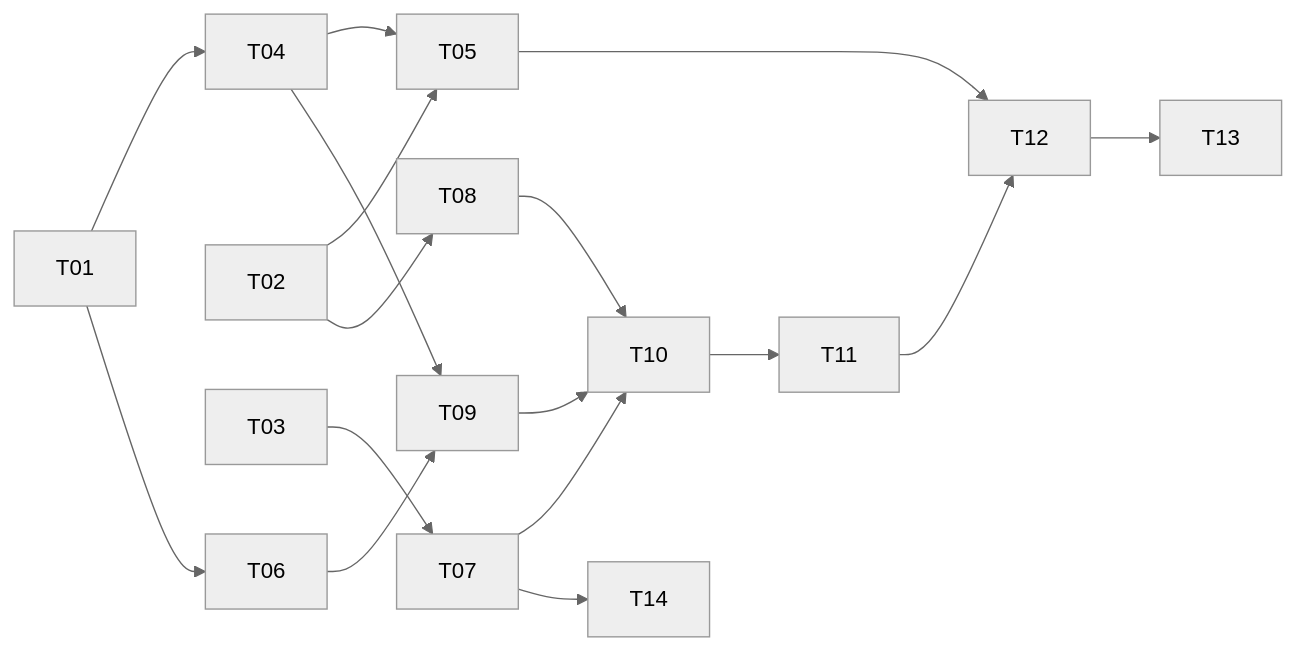
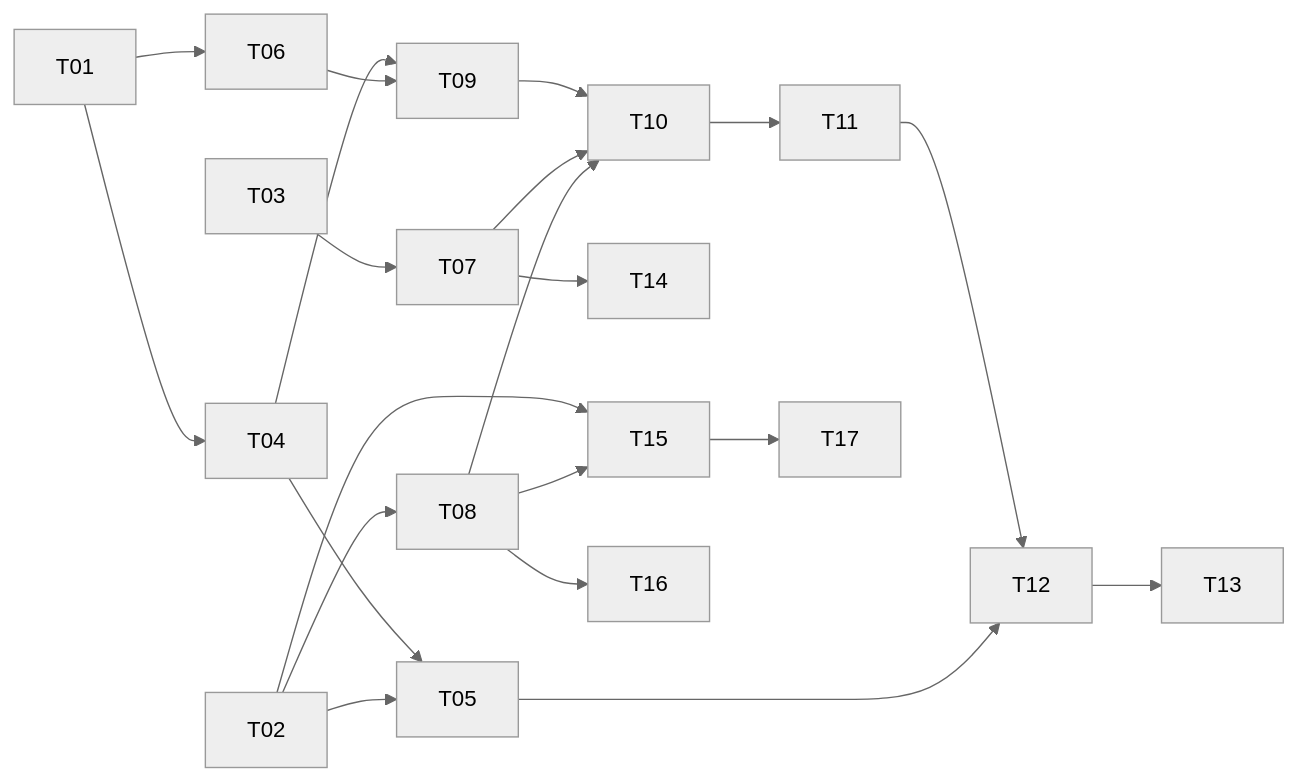
The diagram in docs/features/f3-claude-batch-enrichment/tasks/tracker.md (HeliosPersonal/jobhunter), drawn with Mermaid (neutral theme) before and after one commit. The commit also changed other lines of this file and 16 other files, not shown here.

````diff
--- a/docs/features/f3-claude-batch-enrichment/tasks/tracker.md
+++ b/docs/features/f3-claude-batch-enrichment/tasks/tracker.md
@@ -43,14 +53,18 @@
 ```mermaid
 graph LR
   T01 --> T04 --> T05
   T02 --> T05
   T02 --> T08
   T03 --> T07
   T01 --> T06
   T04 --> T09
   T06 --> T09 --> T10
   T07 --> T10
   T08 --> T10 --> T11 --> T12 --> T13
   T05 --> T12
   T07 --> T14
+  T02 --> T15
+  T08 --> T15
+  T08 --> T16
+  T15 --> T17
 ```
````
